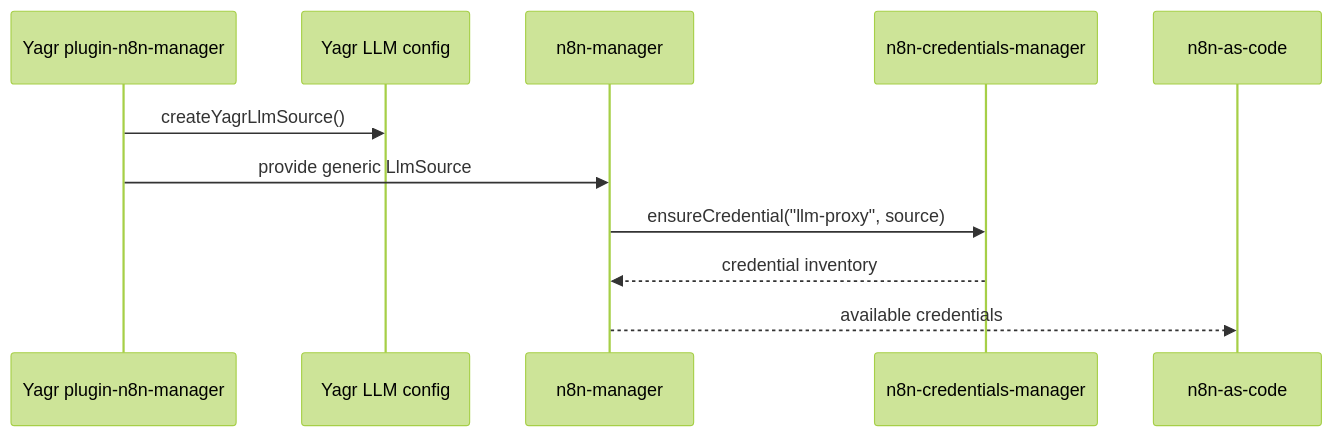
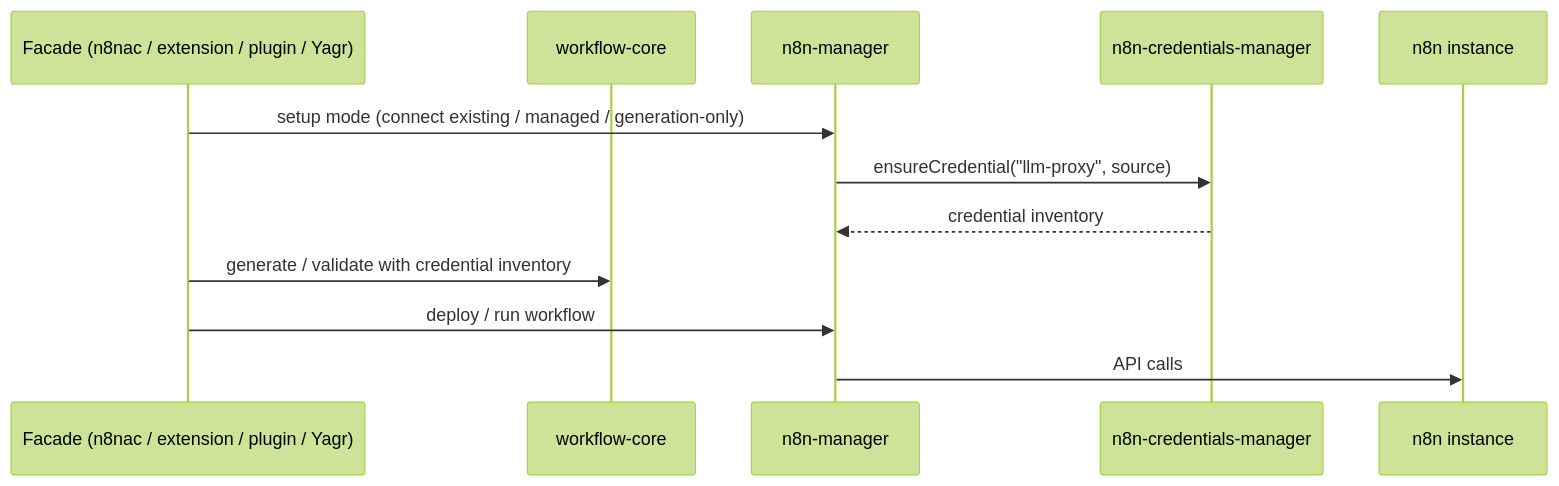
The eighth of 8 diagrams in architecture/current/runtime-flows.md (EtienneLescot/yagr), drawn with Mermaid (forest theme) before and after one commit. The commit also changed other lines of this file and 3 other files, not shown here.

````diff
--- a/architecture/current/runtime-flows.md
+++ b/architecture/current/runtime-flows.md
@@ -225,14 +225,15 @@
 ```mermaid
 sequenceDiagram
-    participant Y as Yagr plugin-n8n-manager
-    participant LS as Yagr LLM config
+    participant F as Facade (n8nac / extension / plugin / Yagr)
+    participant WC as workflow-core
     participant NM as n8n-manager
     participant CM as n8n-credentials-manager
-    participant NAC as n8n-as-code
+    participant N8N as n8n instance
 
-    Y->>LS: createYagrLlmSource()
-    Y->>NM: provide generic LlmSource
+    F->>NM: setup mode (connect existing / managed / generation-only)
     NM->>CM: ensureCredential("llm-proxy", source)
     CM-->>NM: credential inventory
-    NM-->>NAC: available credentials
+    F->>WC: generate / validate with credential inventory
+    F->>NM: deploy / run workflow
+    NM->>N8N: API calls
 ```
````
